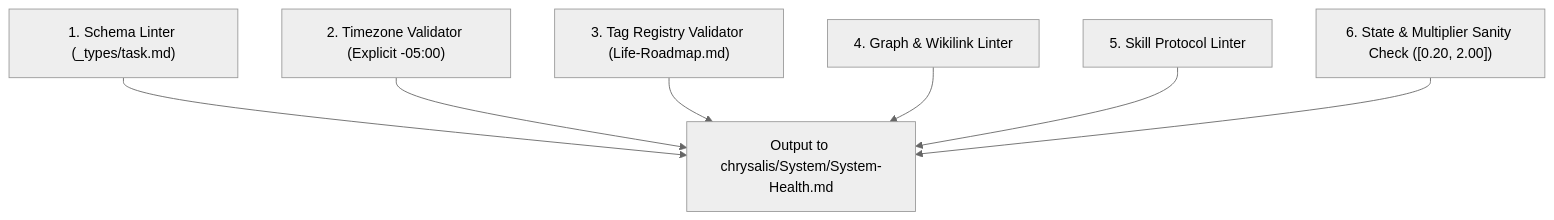
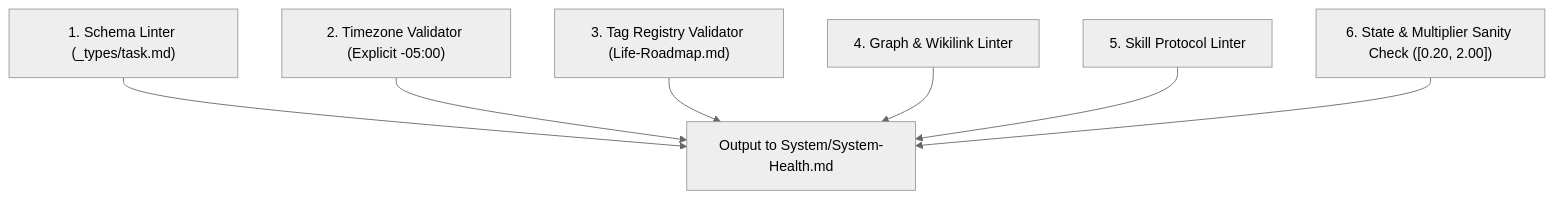
The diagram in .agent/skills/doctor/SKILL.md (tama-gucci/chrysalis), drawn with Mermaid (neutral theme) before and after one commit. The commit also changed other lines of this file and 44 other files, not shown here.

````diff
--- a/.agent/skills/doctor/SKILL.md
+++ b/.agent/skills/doctor/SKILL.md
@@ -30,11 +30,11 @@
 ```mermaid
 graph TD
     L1["1. Schema Linter (_types/task.md)"]
     L2["2. Timezone Validator (Explicit -05:00)"]
     L3["3. Tag Registry Validator (Life-Roadmap.md)"]
     L4["4. Graph & Wikilink Linter"]
     L5["5. Skill Protocol Linter"]
     L6["6. State & Multiplier Sanity Check ([0.20, 2.00])"]
     
-    L1 & L2 & L3 & L4 & L5 & L6 --> REP["Output to chrysalis/System/System-Health.md"]
+    L1 & L2 & L3 & L4 & L5 & L6 --> REP["Output to System/System-Health.md"]
 ```
````
